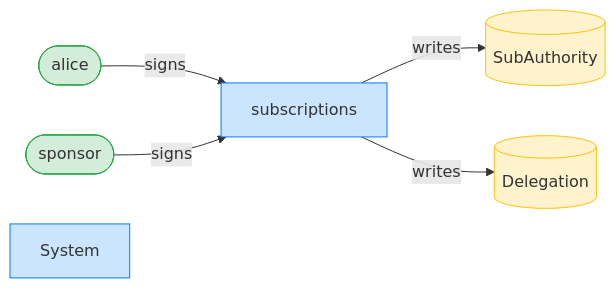
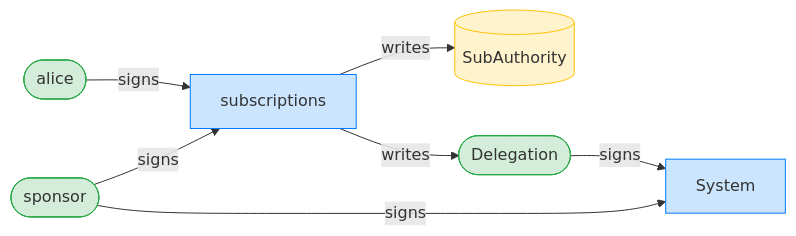
The seventh of 12 diagrams in dsl_tests/a-sponsor-can-revoke-an-expired-recurring-delegation.md (cds-rs/subscriptions), drawn with Mermaid before and after one commit. The commit also changed other lines of this file and 224 other files, not shown here.

````diff
--- a/dsl_tests/a-sponsor-can-revoke-an-expired-recurring-delegation.md
+++ b/dsl_tests/a-sponsor-can-revoke-an-expired-recurring-delegation.md
@@ -131,16 +137,18 @@
 ```mermaid
 flowchart LR
     classDef signer fill:#d4edda,stroke:#28a745;
     classDef program fill:#cce5ff,stroke:#007bff;
     classDef writable fill:#fff3cd,stroke:#ffc107;
     subscriptions[subscriptions]:::program
     alice([alice]):::signer
     SubAuthority[(SubAuthority)]:::writable
-    Delegation[(Delegation)]:::writable
+    Delegation([Delegation]):::signer
     sponsor([sponsor]):::signer
     System[System]:::program
     alice -->|signs| subscriptions
     sponsor -->|signs| subscriptions
+    sponsor -->|signs| System
+    Delegation -->|signs| System
     subscriptions -->|writes| SubAuthority
     subscriptions -->|writes| Delegation
 ```
````
